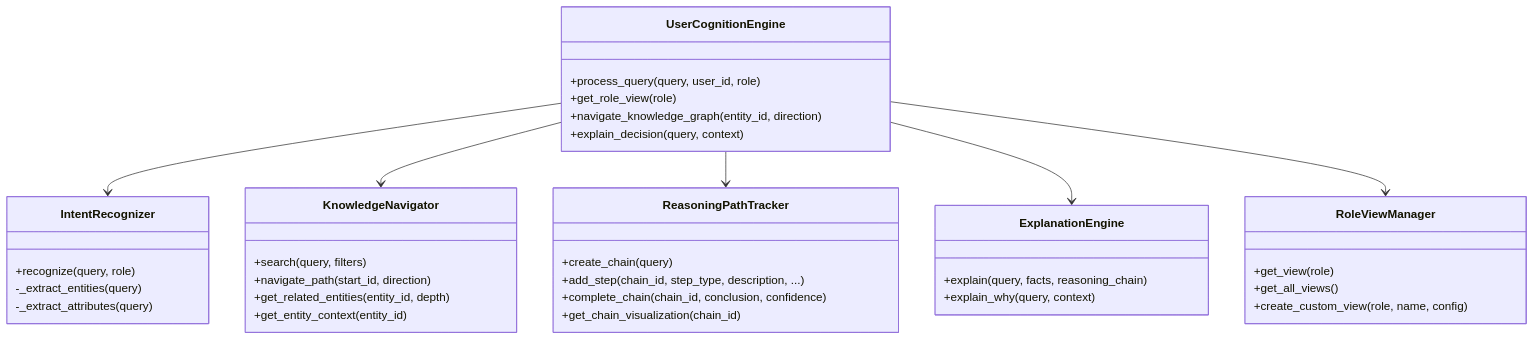
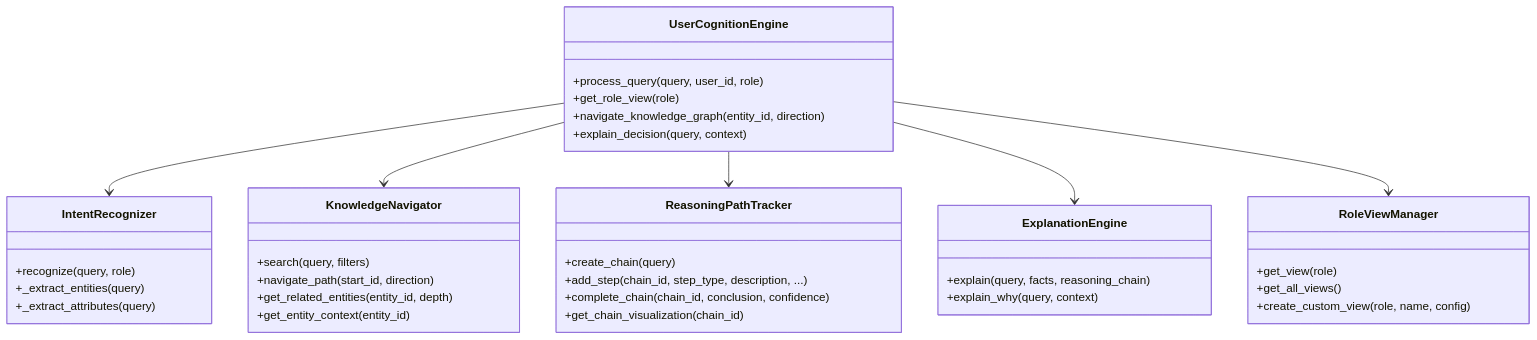
Before and after one commit to inier/ontology-graphiti: the third of 8 diagrams in .qoder/repowiki/zh/content/核心模块/核心领域模块/认知引擎.md, drawn with Mermaid. The commit also changed other lines of this file and 64 other files, not shown here.

````diff
--- a/.qoder/repowiki/zh/content/核心模块/核心领域模块/认知引擎.md
+++ b/.qoder/repowiki/zh/content/核心模块/核心领域模块/认知引擎.md
@@ -152,40 +193,40 @@
 ```mermaid
 classDiagram
 class UserCognitionEngine {
 +process_query(query, user_id, role)
 +get_role_view(role)
 +navigate_knowledge_graph(entity_id, direction)
 +explain_decision(query, context)
 }
 class IntentRecognizer {
 +recognize(query, role)
--_extract_entities(query)
--_extract_attributes(query)
++_extract_entities(query)
++_extract_attributes(query)
 }
 class KnowledgeNavigator {
 +search(query, filters)
 +navigate_path(start_id, direction)
 +get_related_entities(entity_id, depth)
 +get_entity_context(entity_id)
 }
 class ReasoningPathTracker {
 +create_chain(query)
 +add_step(chain_id, step_type, description, ...)
 +complete_chain(chain_id, conclusion, confidence)
 +get_chain_visualization(chain_id)
 }
 class ExplanationEngine {
 +explain(query, facts, reasoning_chain)
 +explain_why(query, context)
 }
 class RoleViewManager {
 +get_view(role)
 +get_all_views()
 +create_custom_view(role, name, config)
 }
 UserCognitionEngine --> IntentRecognizer
 UserCognitionEngine --> KnowledgeNavigator
 UserCognitionEngine --> ReasoningPathTracker
 UserCognitionEngine --> ExplanationEngine
 UserCognitionEngine --> RoleViewManager
 ```
````
